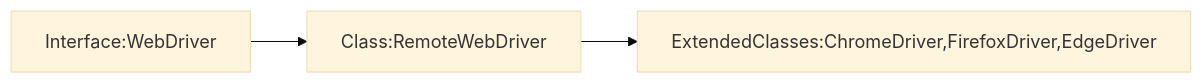
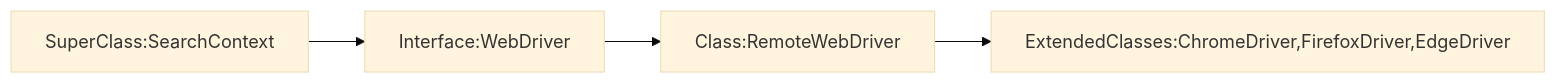
One commit to Shaan3110/Selenium_Interview_Questions changed the diagram in README.md. Above: the diagram before and after it, drawn with Mermaid (base theme).

````diff
--- a/README.md
+++ b/README.md
@@ -11,5 +11,6 @@
 ```mermaid
 graph LR
+SuperClass:SearchContext --> Interface:WebDriver
 Interface:WebDriver --> Class:RemoteWebDriver
 Class:RemoteWebDriver--> ExtendedClasses:ChromeDriver,FirefoxDriver,EdgeDriver
 ```
````
